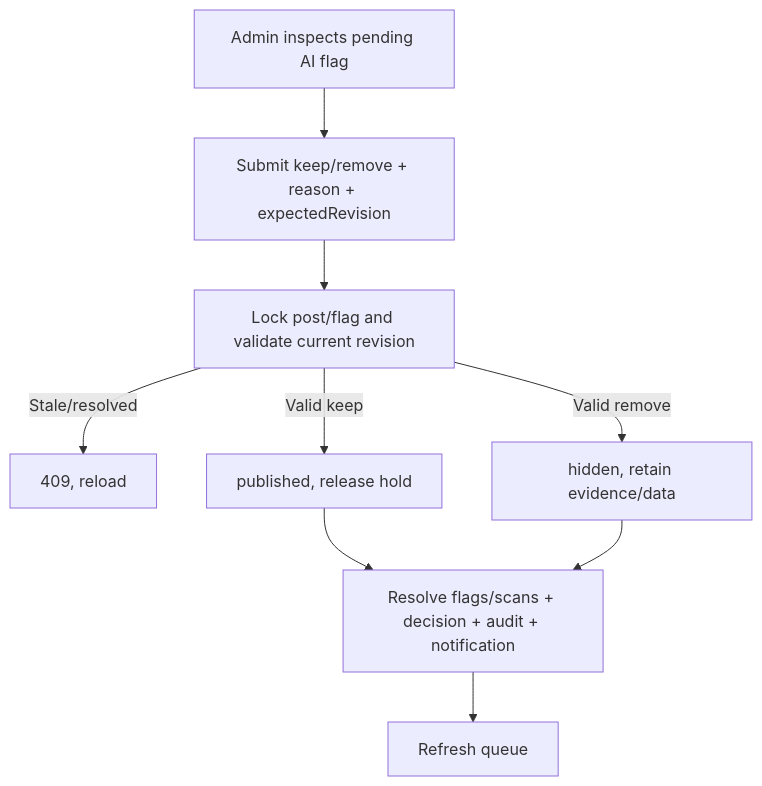
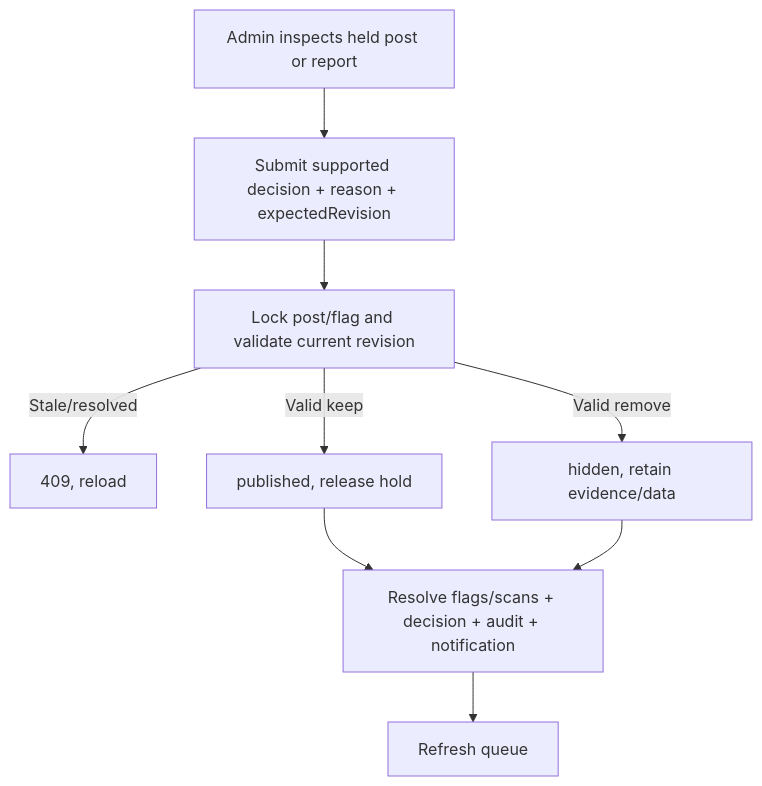
Diagram 41 of 53 in Design.MD (NguyenQuocTrong-bonmat/frontend-VeganHelperSystem), drawn with Mermaid before and after one commit. The commit also changed other lines of this file, not shown here.

````diff
--- a/Design.MD
+++ b/Design.MD
@@ -1708,11 +1614,11 @@
 ```mermaid
 flowchart TD
-    A["Admin inspects pending AI flag"] --> B["Submit keep/remove + reason + expectedRevision"]
+    A["Admin inspects held post or report"] --> B["Submit supported decision + reason + expectedRevision"]
     B --> C["Lock post/flag and validate current revision"]
     C -->|Stale/resolved| D["409, reload"]
     C -->|Valid keep| E["published, release hold"]
     C -->|Valid remove| F["hidden, retain evidence/data"]
     E --> G["Resolve flags/scans + decision + audit + notification"]
     F --> G
     G --> H["Refresh queue"]
 ```
````
